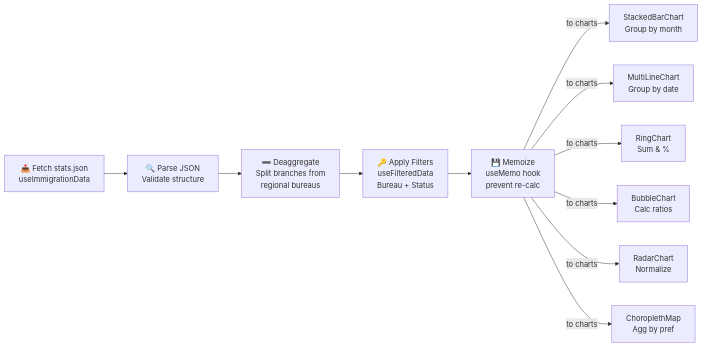
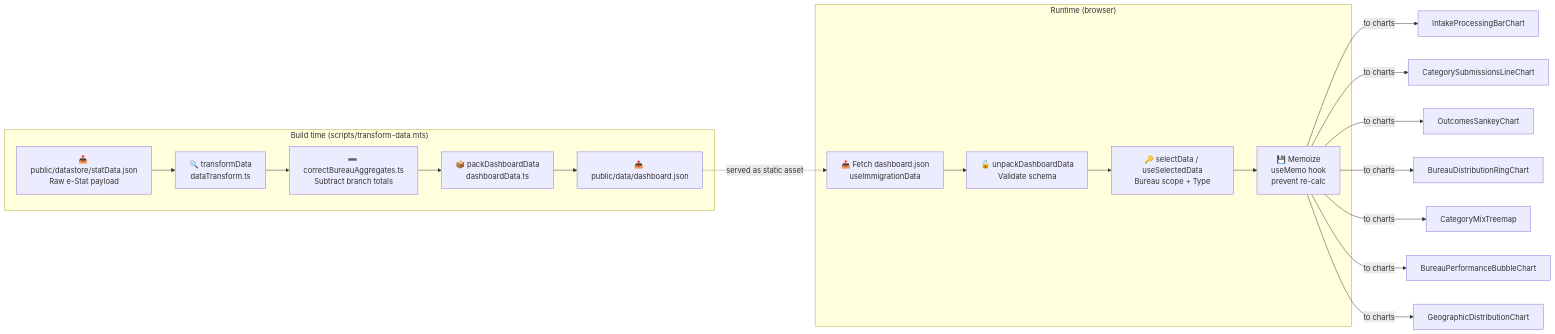
One commit to RetroHazard/JP_Immigration_Dashboard changed the eighth of 16 diagrams in ARCHITECTURE.md. Above: the diagram before and after it, drawn with Mermaid. The commit also changed other lines of this file and 1 other file, not shown here.

First line of the commit message:
Bring ARCHITECTURE.md and DEVELOPMENT.md up to date with the Civic Glass rebuild

````diff
--- a/ARCHITECTURE.md
+++ b/ARCHITECTURE.md
@@ -322,20 +333,36 @@
 ```mermaid
 graph LR
-    FETCH["📥 Fetch stats.json<br/>useImmigrationData"]
-    PARSE["🔍 Parse JSON<br/>Validate structure"]
-    DEAGG["➖ Deaggregate<br/>Split branches from<br/>regional bureaus"]
-    FILTER["🔑 Apply Filters<br/>useFilteredData<br/>Bureau + Status"]
-    CACHE["💾 Memoize<br/>useMemo hook<br/>prevent re-calc"]
+    subgraph "Build time (scripts/transform-data.mts)"
+        RAW["📥 public/datastore/statData.json<br/>Raw e-Stat payload"]
+        FLATTEN["🔍 transformData<br/>dataTransform.ts"]
+        CORRECT["➖ correctBureauAggregates.ts<br/>Subtract branch totals"]
+        PACK["📦 packDashboardData<br/>dashboardData.ts"]
+        OUT["📤 public/data/dashboard.json"]
+        
+        RAW --> FLATTEN
+        FLATTEN --> CORRECT
+        CORRECT --> PACK
+        PACK --> OUT
+    end
     
-    FETCH --> PARSE
-    PARSE --> DEAGG
-    DEAGG --> FILTER
-    FILTER --> CACHE
+    subgraph "Runtime (browser)"
+        FETCH["📥 Fetch dashboard.json<br/>useImmigrationData"]
+        UNPACK["🔓 unpackDashboardData<br/>Validate schema"]
+        FILTER["🔑 selectData / useSelectedData<br/>Bureau scope + Type"]
+        CACHE["💾 Memoize<br/>useMemo hook<br/>prevent re-calc"]
+        
+        FETCH --> UNPACK
+        UNPACK --> FILTER
+        FILTER --> CACHE
+    end
     
-    CACHE -->|to charts| STACKED["StackedBarChart<br/>Group by month"]
-    CACHE -->|to charts| LINE["MultiLineChart<br/>Group by date"]
-    CACHE -->|to charts| RING["RingChart<br/>Sum & %"]
-    CACHE -->|to charts| BUBBLE["BubbleChart<br/>Calc ratios"]
-    CACHE -->|to charts| RADAR["RadarChart<br/>Normalize"]
-    CACHE -->|to charts| MAP["ChoroplethMap<br/>Agg by pref"]
+    OUT -.->|served as static asset| FETCH
+    
+    CACHE -->|to charts| INTAKE["IntakeProcessingBarChart"]
+    CACHE -->|to charts| TYPES["CategorySubmissionsLineChart"]
+    CACHE -->|to charts| OUTCOMES["OutcomesSankeyChart"]
+    CACHE -->|to charts| SHARE["BureauDistributionRingChart"]
+    CACHE -->|to charts| MIX["CategoryMixTreemap"]
+    CACHE -->|to charts| EFFICIENCY["BureauPerformanceBubbleChart"]
+    CACHE -->|to charts| MAP["GeographicDistributionChart"]
 ```
````
